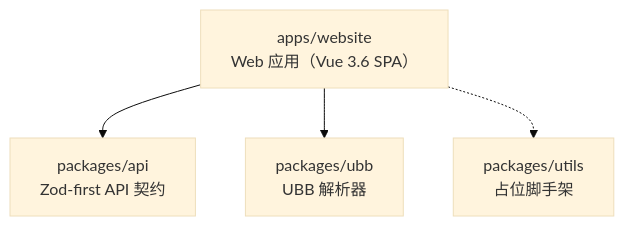
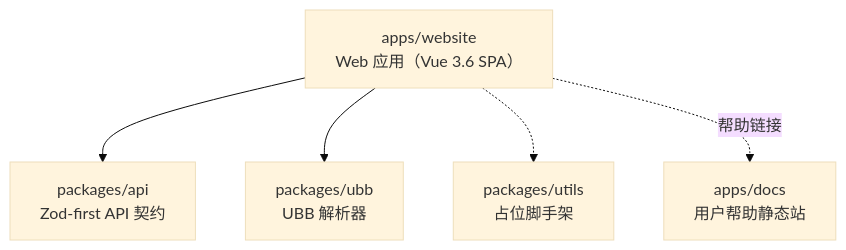
One commit to shellRaining/cc98 changed the second of 4 diagrams in ARCHITECTURE.md. Above: the diagram before and after it, drawn with Mermaid (base theme). The commit also changed other lines of this file and 29 other files, not shown here.

````diff
--- a/ARCHITECTURE.md
+++ b/ARCHITECTURE.md
@@ -23,10 +23,12 @@
 ```mermaid
 graph TD
   website["apps/website<br/>Web 应用（Vue 3.6 SPA）"]
+  docs["apps/docs<br/>用户帮助静态站"]
   api["packages/api<br/>Zod-first API 契约"]
   ubb["packages/ubb<br/>UBB 解析器"]
   utils["packages/utils<br/>占位脚手架"]
   website --> api
   website --> ubb
   website -.-> utils
+  website -.帮助链接.-> docs
 ```
````
